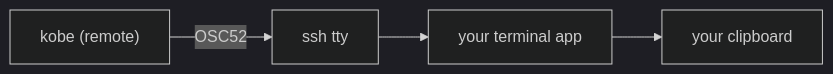
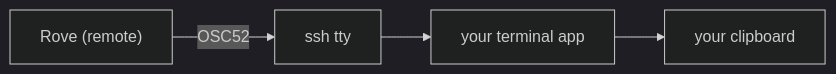
The diagram in docs/TROUBLESHOOTING.md (Sma1lboy/kobe), drawn with Mermaid (dark theme) before and after one commit. The commit also changed other lines of this file and 215 other files, not shown here.

````diff
--- a/docs/TROUBLESHOOTING.md
+++ b/docs/TROUBLESHOOTING.md
@@ -25,6 +25,6 @@
 ```mermaid
 flowchart LR
-  kobe["kobe (remote)"] -- "OSC52" --> tty["ssh tty"]
+  Rove["Rove (remote)"] -- "OSC52" --> tty["ssh tty"]
   tty --> app["your terminal app"]
   app --> clip["your clipboard"]
 ```
````
